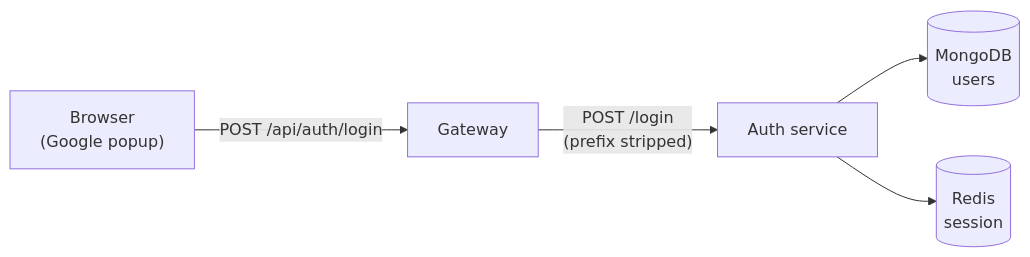
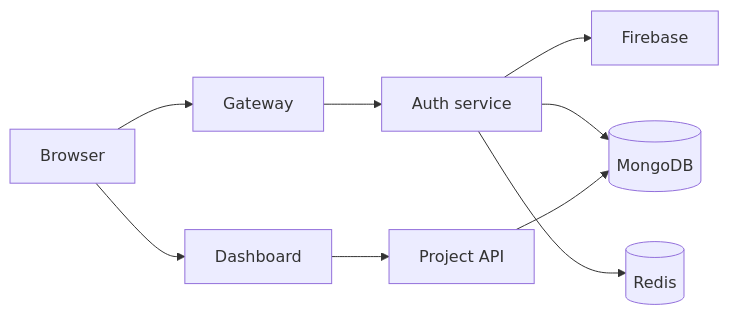
Before and after one commit to yamanhassan1/NexPulse: the diagram in docs/getting-started.md, drawn with Mermaid. The commit also changed other lines of this file and 7 other files, not shown here.

Commit message:
Refactor project service documentation for clarity and structure; update frontend README for improved flow and organization; revise getting started guide for better setup instructions and troubleshooting tips.

````diff
--- a/docs/getting-started.md
+++ b/docs/getting-started.md
@@ -219,7 +137,11 @@
 ```mermaid
 flowchart LR
-    B["Browser<br>(Google popup)"] -->|"POST /api/auth/login"| G[Gateway]
-    G -->|"POST /login<br>(prefix stripped)"| A[Auth service]
-    A --> M[("MongoDB<br>users")]
-    A --> R[("Redis<br>session")]
+    B[Browser] --> G[Gateway]
+    G --> A[Auth service]
+    A --> F[Firebase]
+    A --> M[(MongoDB)]
+    A --> R[(Redis)]
+    B --> S[Dashboard]
+    S --> P[Project API]
+    P --> M
 ```
````
